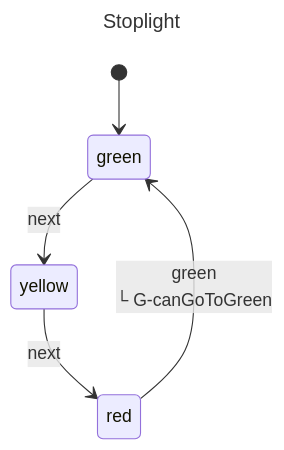
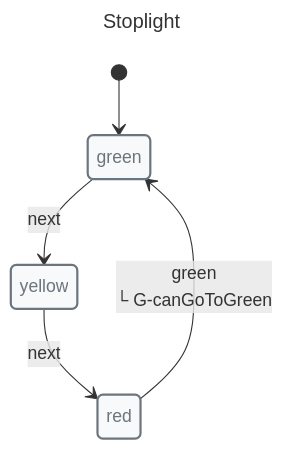
Before and after one commit to Masquerade-Circus/x-robot: the diagram in media/nested-stoplight.mmd, drawn with Mermaid. The commit also changed 145 other files, not shown here.

Commit message:
refactor: regenerate docs and mermaid implementation

```diff
--- a/media/nested-stoplight.mmd
+++ b/media/nested-stoplight.mmd
@@ -1,22 +1,25 @@
 ---
 title: Stoplight
 ---
 
 stateDiagram-v2
 
 classDef danger fill:#f8d7da,stroke:#721c24,stroke-width:2px,text-align:left,color:#721c24
 classDef warning fill:#fff3cd,stroke:#856404,stroke-width:2px,text-align:left,color:#856404
 classDef success fill:#d4edda,stroke:#155724,stroke-width:2px,text-align:left,color:#155724
 classDef primary fill:#cce5ff,stroke:#004085,stroke-width:2px,text-align:left,color:#004085
 classDef info fill:#d1ecf1,stroke:#0c5460,stroke-width:2px,text-align:left,color:#0c5460
 classDef def fill:#f8f9fa,stroke:#6c757d,stroke-width:2px,text-align:left,color:#6c757d
 
 state green
 state yellow
 state red
+class green def
+class yellow def
+class red def
 
 
 [*] --> green
 green --> yellow: next
 yellow --> red: next
 red --> green: green<br>└ G-canGoToGreen
```
